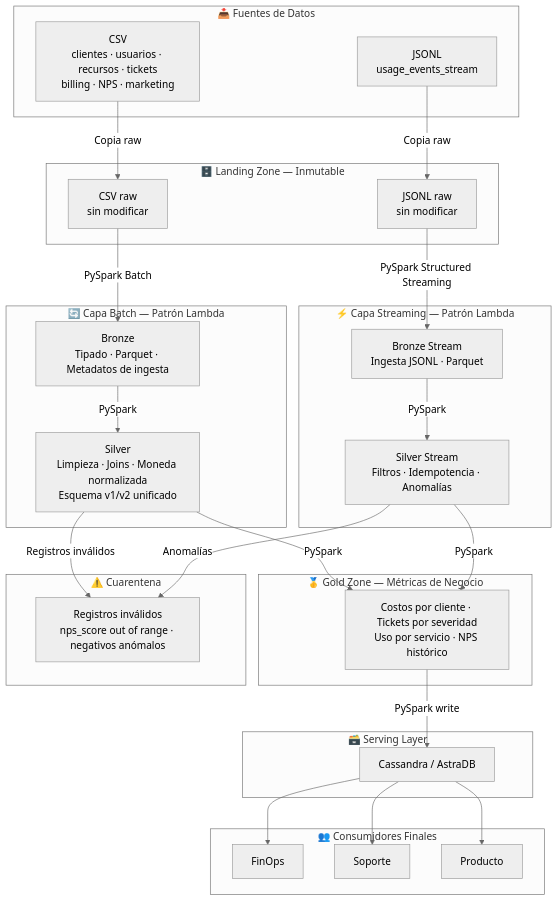
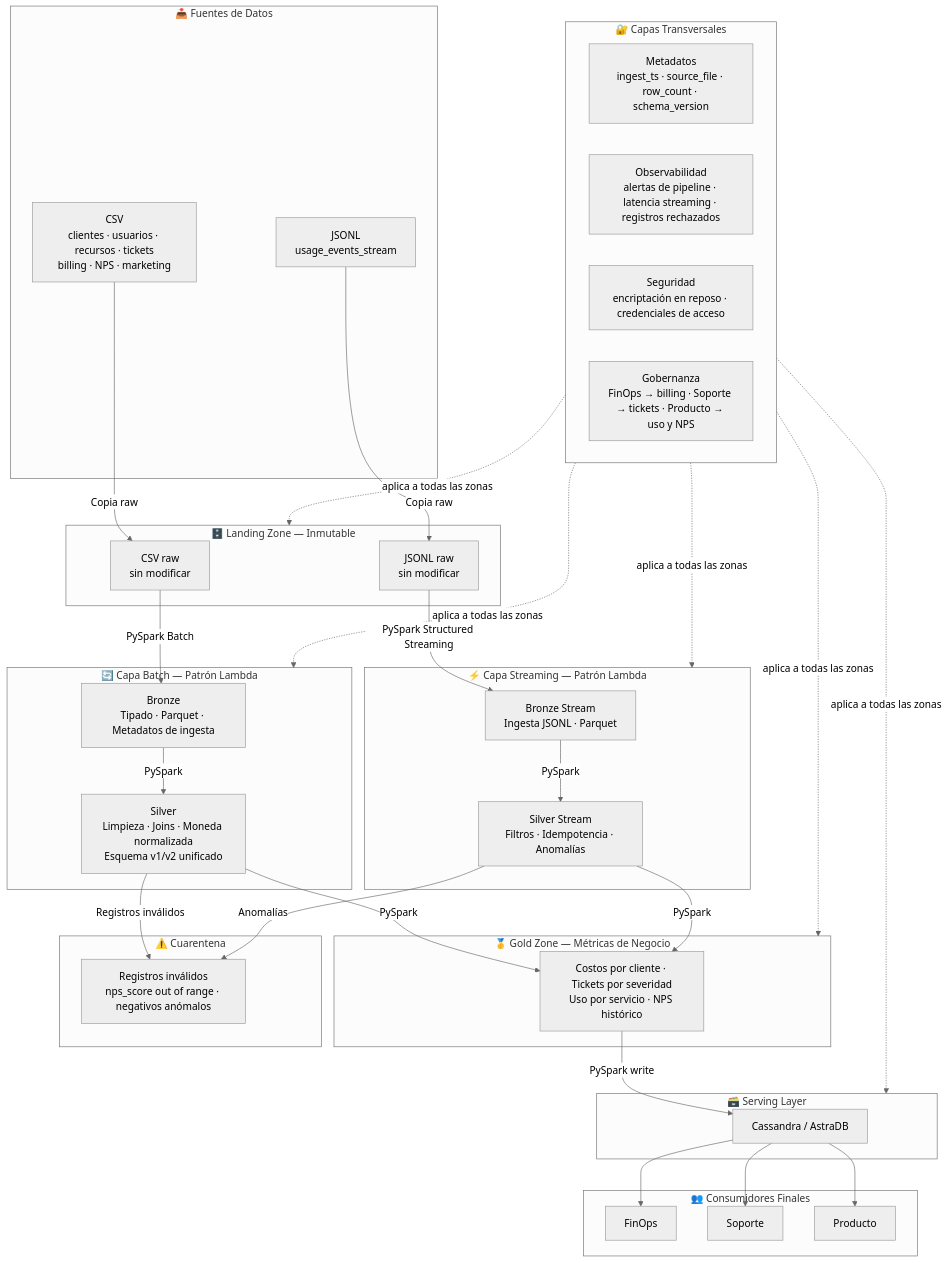
Before and after one commit to maruwagner893-droid/-cloud-provider-analytics: the diagram in docs/00_documento_diseño.md, drawn with Mermaid (neutral theme).

````diff
--- a/docs/00_documento_diseño.md
+++ b/docs/00_documento_diseño.md
@@ -122,55 +122,67 @@
 ```mermaid
 flowchart TD
     subgraph SRC["📥 Fuentes de Datos"]
         CSV["CSV\nclientes · usuarios · recursos · tickets\nbilling · NPS · marketing"]
         JSONL["JSONL\nusage_events_stream"]
     end
 
     subgraph LZ["🗄️ Landing Zone — Inmutable"]
         RAW_B["CSV raw\nsin modificar"]
         RAW_S["JSONL raw\nsin modificar"]
     end
 
     subgraph BATCH["🔄 Capa Batch — Patrón Lambda"]
         BRZ_B["Bronze\nTipado · Parquet · Metadatos de ingesta"]
         SLV_B["Silver\nLimpieza · Joins · Moneda normalizada\nEsquema v1/v2 unificado"]
     end
 
     subgraph STREAM["⚡ Capa Streaming — Patrón Lambda"]
         BRZ_S["Bronze Stream\nIngesta JSONL · Parquet"]
         SLV_S["Silver Stream\nFiltros · Idempotencia · Anomalías"]
     end
 
     subgraph GZ["🥇 Gold Zone — Métricas de Negocio"]
         GLD["Costos por cliente · Tickets por severidad\nUso por servicio · NPS histórico"]
     end
 
     subgraph QUAR["⚠️ Cuarentena"]
         Q["Registros inválidos\nnps_score out of range · negativos anómalos"]
     end
 
     subgraph SRV["🗃️ Serving Layer"]
         CASS["Cassandra / AstraDB"]
     end
 
+    subgraph GOV["🔐 Capas Transversales"]
+        META["Metadatos\ningest_ts · source_file · row_count · schema_version"]
+        OBS["Observabilidad\nalertas de pipeline · latencia streaming · registros rechazados"]
+        SEC["Seguridad\nencriptación en reposo · credenciales de acceso"]
+        GVN["Gobernanza\nFinOps → billing · Soporte → tickets · Producto → uso y NPS"]
+    end
+
     subgraph USR["👥 Consumidores Finales"]
         FO["FinOps"]
         SP["Soporte"]
         PR["Producto"]
     end
 
     CSV -->|Copia raw| RAW_B
     JSONL -->|Copia raw| RAW_S
     RAW_B -->|PySpark Batch| BRZ_B
     RAW_S -->|PySpark Structured Streaming| BRZ_S
     BRZ_B -->|PySpark| SLV_B
     BRZ_S -->|PySpark| SLV_S
     SLV_B -->|Registros inválidos| Q
     SLV_S -->|Anomalías| Q
     SLV_B -->|PySpark| GLD
     SLV_S -->|PySpark| GLD
     GLD -->|PySpark write| CASS
     CASS --> FO
     CASS --> SP
     CASS --> PR
+    GOV -.->|aplica a todas las zonas| LZ
+    GOV -.->|aplica a todas las zonas| BATCH
+    GOV -.->|aplica a todas las zonas| STREAM
+    GOV -.->|aplica a todas las zonas| GZ
+    GOV -.->|aplica a todas las zonas| SRV
 ```
````
